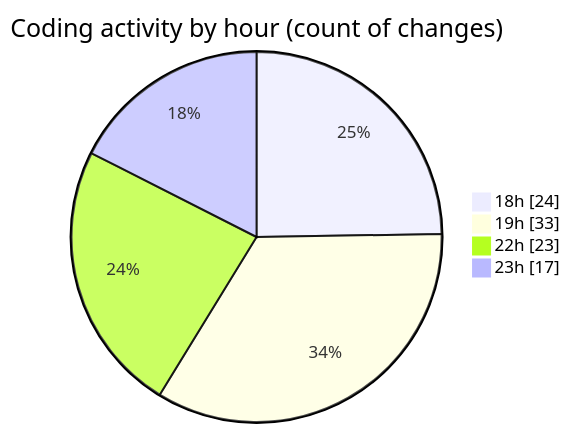
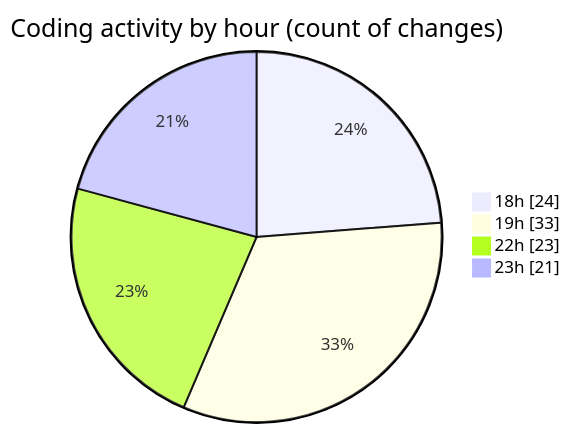
Before and after one commit to Netris89/code-tracking: the second of 2 diagrams in 2025-04-21/echo/README.md, drawn with Mermaid. The commit also changed other lines of this file and 1 other file, not shown here.

````diff
--- a/2025-04-21/echo/README.md
+++ b/2025-04-21/echo/README.md
@@ -36,8 +36,8 @@
 ```mermaid
 pie showData
 title Coding activity by hour (count of changes)
 "18h" : 24
 "19h" : 33
 "22h" : 23
-"23h" : 17
+"23h" : 21
 ```
````
